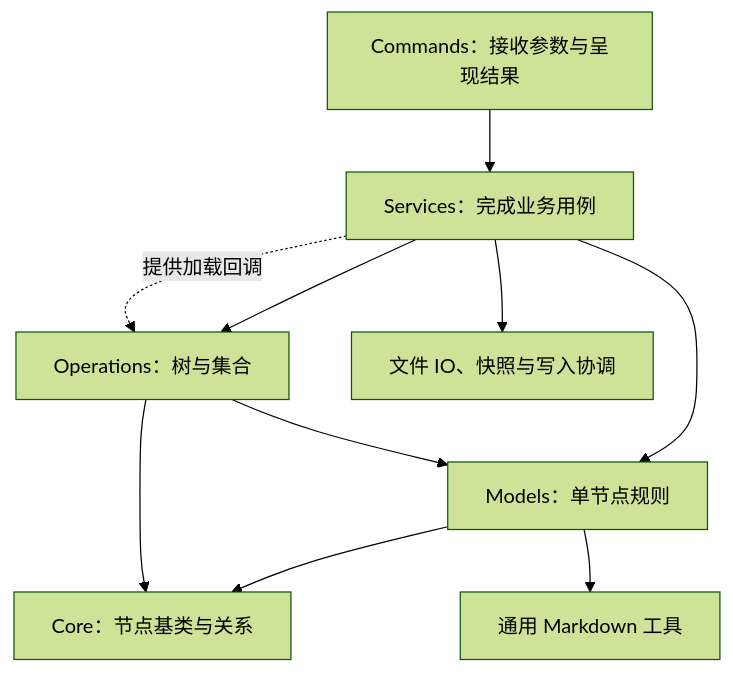
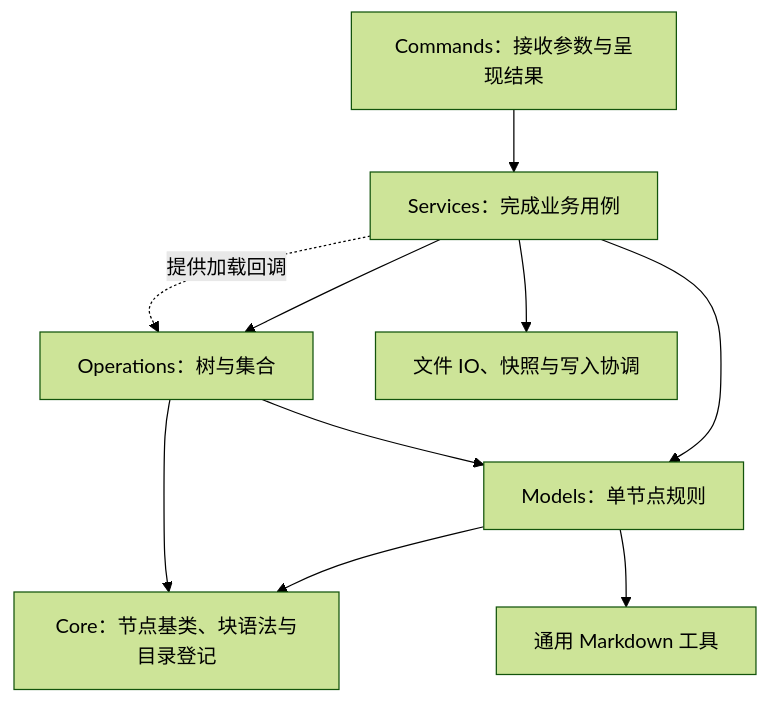
Before and after one commit to VirusPC/edges-brain-viruspc: the first of 2 diagrams in extensions/cli/README.md, drawn with Mermaid (forest theme). The commit also changed other lines of this file and 27 other files, not shown here.

````diff
--- a/extensions/cli/README.md
+++ b/extensions/cli/README.md
@@ -44,12 +44,12 @@
 ```mermaid
 flowchart TD
     C[Commands：接收参数与呈现结果] --> S[Services：完成业务用例]
     S --> M[Models：单节点规则]
     S --> O[Operations：树与集合]
     O --> M
-    M --> Core[Core：节点基类与关系]
+    M --> Core[Core：节点基类、块语法与目录登记]
     O --> Core
     M --> U[通用 Markdown 工具]
     S --> F[文件 IO、快照与写入协调]
     S -. 提供加载回调 .-> O
 ```
````
